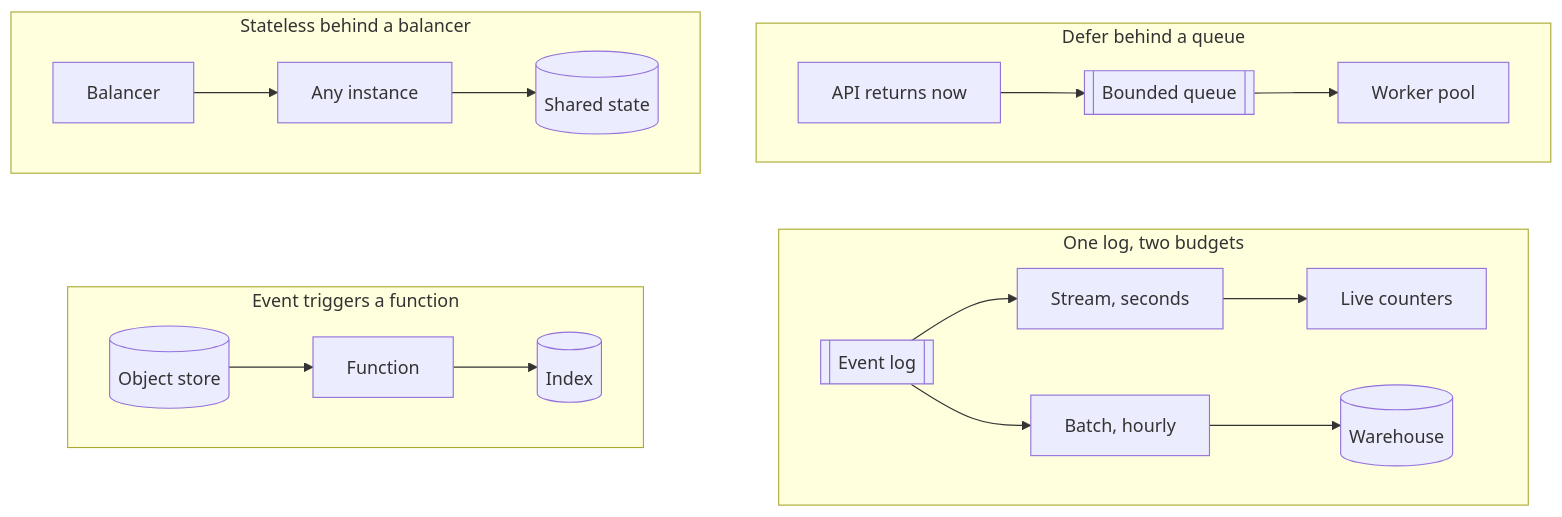
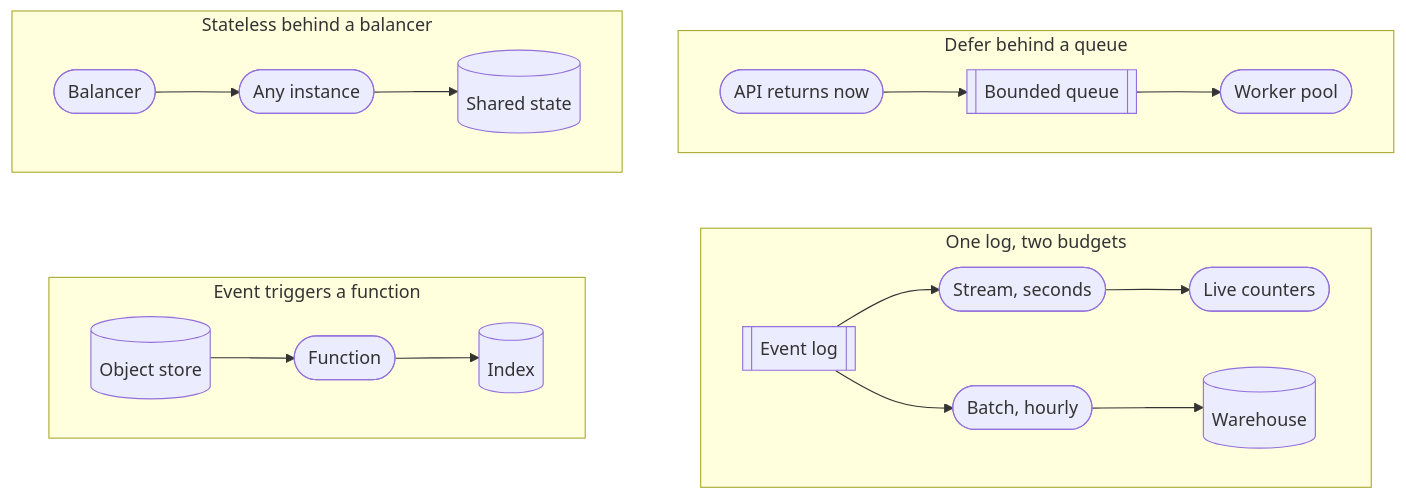
One commit to Laticent/lattice changed the eighth of 19 diagrams in examples/system-design-foundations.md. Above: the diagram before and after it, drawn with Mermaid. The commit also changed other lines of this file and 1 other file, not shown here.

First line of the commit message:
deck(examples): act on the re-score, and finish the diagram conversion

````diff
--- a/examples/system-design-foundations.md
+++ b/examples/system-design-foundations.md
@@ -1343,22 +1343,22 @@
 ```mermaid
 flowchart TB
   subgraph b["Defer behind a queue"]
     direction LR
-    B1["API returns now"] --> B2[["Bounded queue"]] --> B3["Worker pool"]
+    B1(["API returns now"]) --> B2[["Bounded queue"]] --> B3(["Worker pool"])
   end
   subgraph a["Stateless behind a balancer"]
     direction LR
-    A1["Balancer"] --> A2["Any instance"] --> A3[("Shared state")]
+    A1(["Balancer"]) --> A2(["Any instance"]) --> A3[("Shared state")]
   end
   subgraph d["One log, two budgets"]
     direction LR
-    D1[["Event log"]] --> D2["Stream, seconds"] --> D4["Live counters"]
-    D1 --> D3["Batch, hourly"] --> D5[("Warehouse")]
+    D1[["Event log"]] --> D2(["Stream, seconds"]) --> D4(["Live counters"])
+    D1 --> D3(["Batch, hourly"]) --> D5[("Warehouse")]
   end
   subgraph c["Event triggers a function"]
     direction LR
-    C1[("Object store")] --> C2["Function"] --> C3[("Index")]
+    C1[("Object store")] --> C2(["Function"]) --> C3[("Index")]
   end
   a ~~~ c
   b ~~~ d
 ```
````
